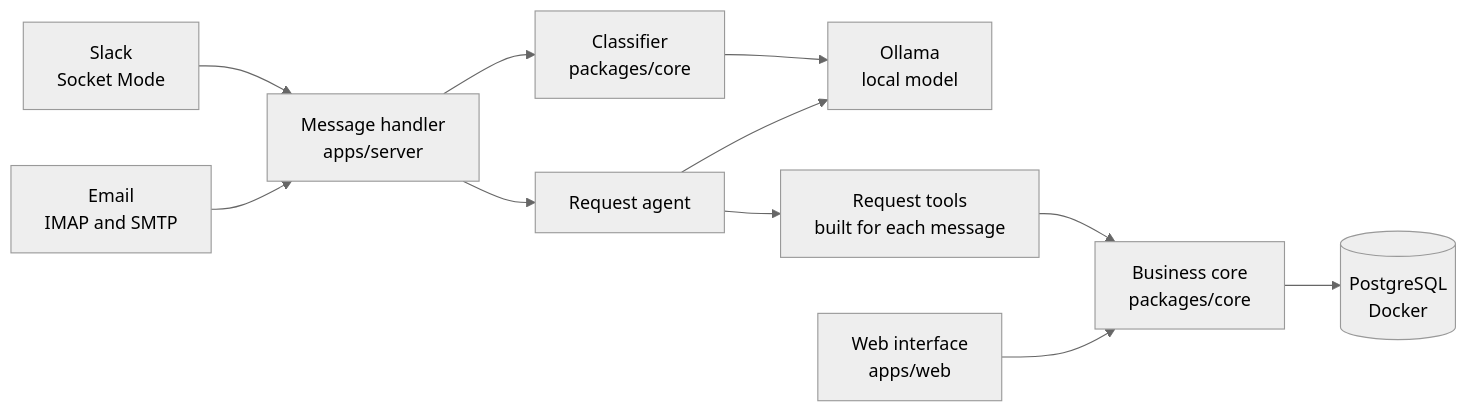
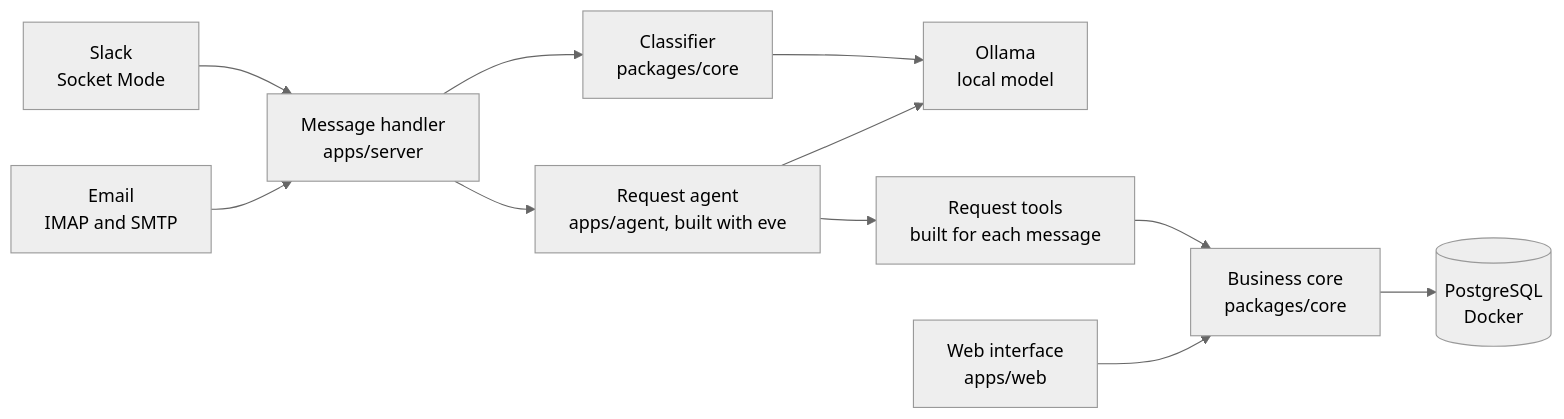
One commit to KissoHQ/agent-kira changed the diagram in README.md. Above: the diagram before and after it, drawn with Mermaid (neutral theme). The commit also changed other lines of this file, not shown here.

Commit message:
docs: describe the agent built with eve in the README

````diff
--- a/README.md
+++ b/README.md
@@ -28,13 +28,13 @@
 ```mermaid
 flowchart LR
     Slack["Slack<br/>Socket Mode"] --> Handler["Message handler<br/>apps/server"]
     Email["Email<br/>IMAP and SMTP"] --> Handler
     Handler --> Classifier["Classifier<br/>packages/core"]
     Classifier --> Ollama
-    Handler --> Agent[Request agent]
+    Handler --> Agent["Request agent<br/>apps/agent, built with eve"]
     Agent --> Ollama["Ollama<br/>local model"]
     Agent --> Tools["Request tools<br/>built for each message"]
     Tools --> Core["Business core<br/>packages/core"]
     Web["Web interface<br/>apps/web"] --> Core
     Core --> Postgres[("PostgreSQL<br/>Docker")]
 ```
````
